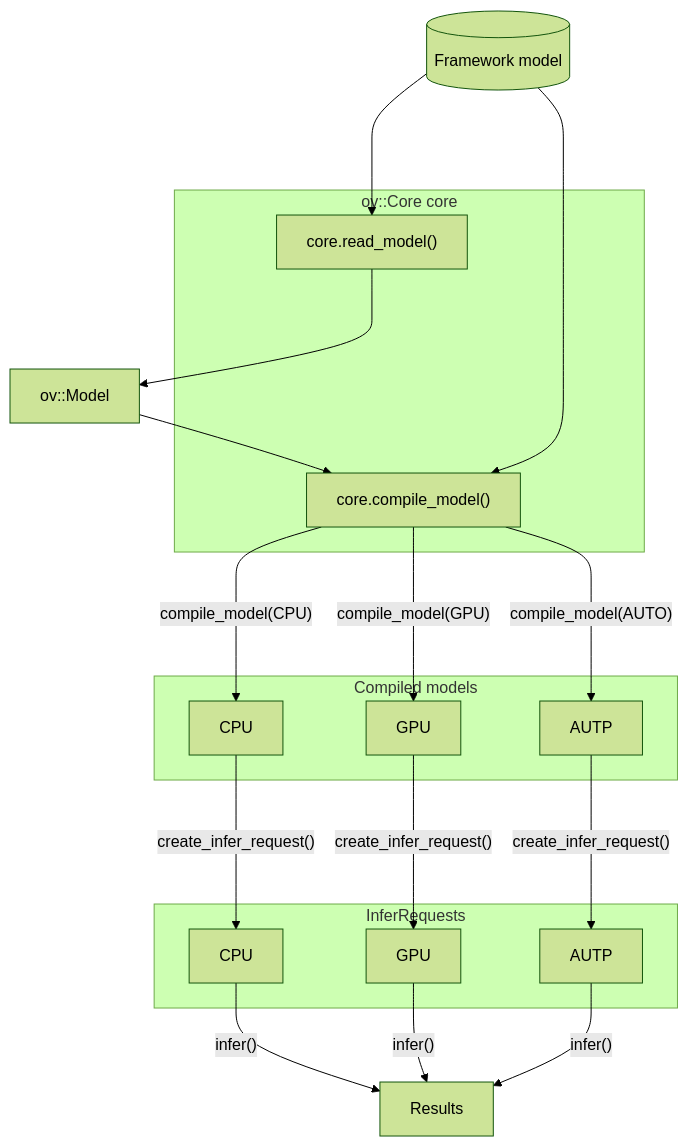
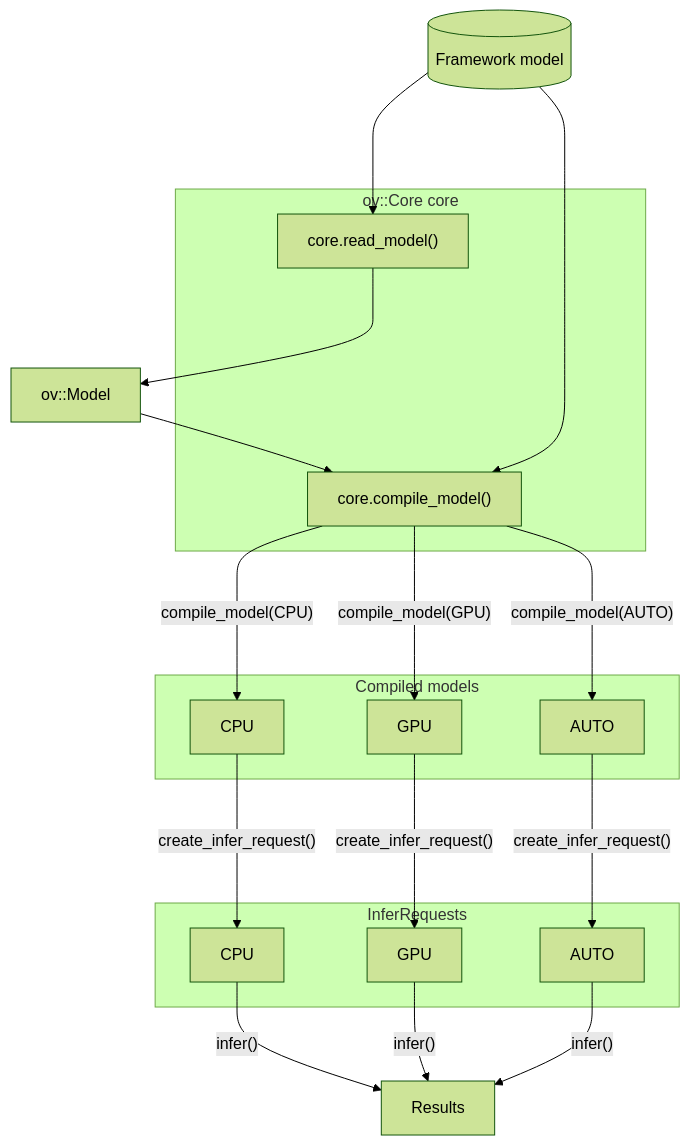
One commit to openvinotoolkit/openvino changed the second of 4 diagrams in src/docs/architecture.md. Above: the diagram before and after it, drawn with Mermaid (forest theme). The commit also changed other lines of this file, not shown here.

Commit message:
Added components relationships on architecture page

````diff
--- a/src/docs/architecture.md
+++ b/src/docs/architecture.md
@@ -75,40 +75,40 @@
 ```mermaid
 flowchart TB
     subgraph core [ov::Core core]
         read_model["core.read_model()"]
         compile_model["core.compile_model()"]
     end
     fw_model[(Framework model)]
     ov_model[ov::Model]
     
     subgraph compiled_models [Compiled models]
         cpu_model["CPU"]
         gpu_model["GPU"]
-        auto_model["AUTP"]
+        auto_model["AUTO"]
     end
     subgraph infer_reguests [InferRequests]
         cpu_req["CPU"]
         gpu_req["GPU"]
-        auto_req["AUTP"]
+        auto_req["AUTO"]
     end
    
     result[Results]
     
     fw_model--->read_model
     read_model--->ov_model
     ov_model-->compile_model
     
     fw_model--->compile_model
     
     compile_model--"compile_model(CPU)"--->cpu_model
     compile_model--"compile_model(GPU)"--->gpu_model
     compile_model--"compile_model(AUTO)"--->auto_model
     
     cpu_model--"create_infer_request()"--->cpu_req
     gpu_model--"create_infer_request()"--->gpu_req
     auto_model--"create_infer_request()"--->auto_req
     
     cpu_req--"infer()"-->result
     gpu_req--"infer()"-->result
     auto_req--"infer()"-->result
 ```
````
